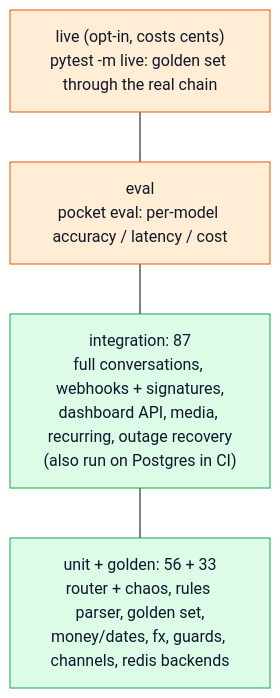
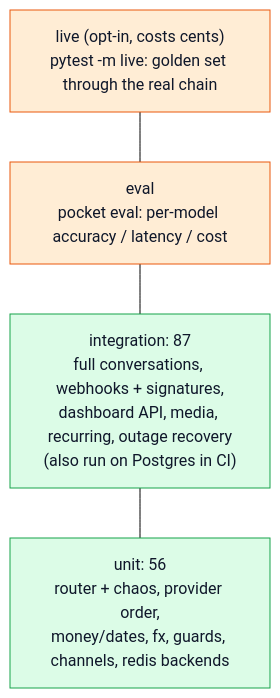
Before and after one commit to ShishirRijal/PocketAI: the third of 3 diagrams in docs/09-operations.md, drawn with Mermaid (forest theme). The commit also changed other lines of this file and 9 other files, not shown here.

````diff
--- a/docs/09-operations.md
+++ b/docs/09-operations.md
@@ -136,11 +137,11 @@
 ```mermaid
 flowchart TB
   L["live (opt-in, costs cents)<br/>pytest -m live: golden set through the real chain"]:::ai
   E["eval<br/>pocket eval: per-model accuracy / latency / cost"]:::ai
   I["integration: 87<br/>full conversations, webhooks + signatures,<br/>dashboard API, media, recurring, outage recovery<br/>(also run on Postgres in CI)"]:::core
-  U["unit + golden: 56 + 33<br/>router + chaos, rules parser, golden set,<br/>money/dates, fx, guards, channels, redis backends"]:::core
+  U["unit: 56<br/>router + chaos, provider order,<br/>money/dates, fx, guards, channels, redis backends"]:::core
   L --- E --- I --- U
 
   classDef core fill:#dcfce7,stroke:#16a34a,color:#0f172a
   classDef ai fill:#ffedd5,stroke:#ea580c,color:#0f172a
 ```
````
